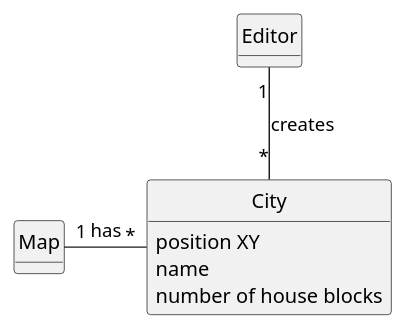
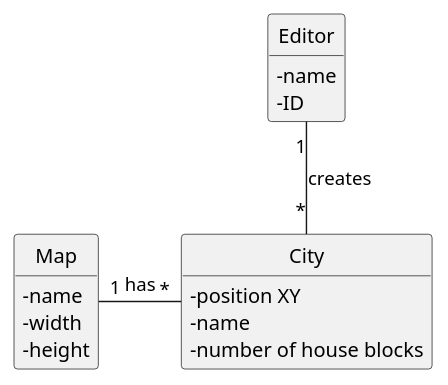
One commit to ivasduarte/all-aboard changed the diagram in docs/sprint1/us003/02.analysis/puml/us003-domain-model.puml. Above: the diagram before and after it, drawn with PlantUML. The commit also changed 1 other file, not shown here.

```diff
--- a/docs/sprint1/us003/02.analysis/puml/us003-domain-model.puml
+++ b/docs/sprint1/us003/02.analysis/puml/us003-domain-model.puml
@@ -1,34 +1,39 @@
 @startuml
 skinparam monochrome true
 skinparam packageStyle rectangle
 skinparam shadowing false
 
 'left to right direction
 
 skinparam classAttributeIconSize 0
 
 hide circle
 hide methods
 
 'title Domain Model
 
 class Map {
+    - name
+    - width
+    - height
 
 }
 
 class City {
-    position XY
-    name
-    number of house blocks
+    - position XY
+    - name
+    - number of house blocks
 }
 
 class Editor {
+    - name
+    - ID
 }
 
 
 Map "1" - "*" City : has
 Editor "1" -- "*" City : creates
 
 
 
 @enduml
```
